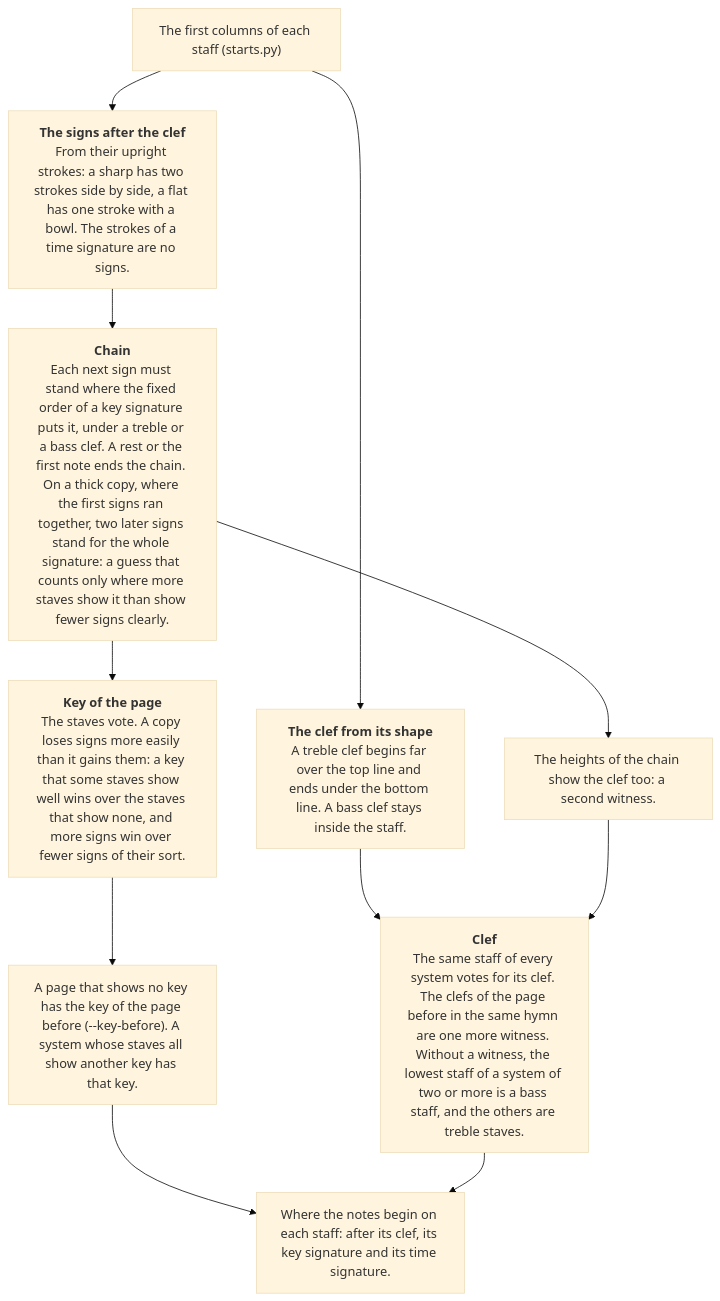
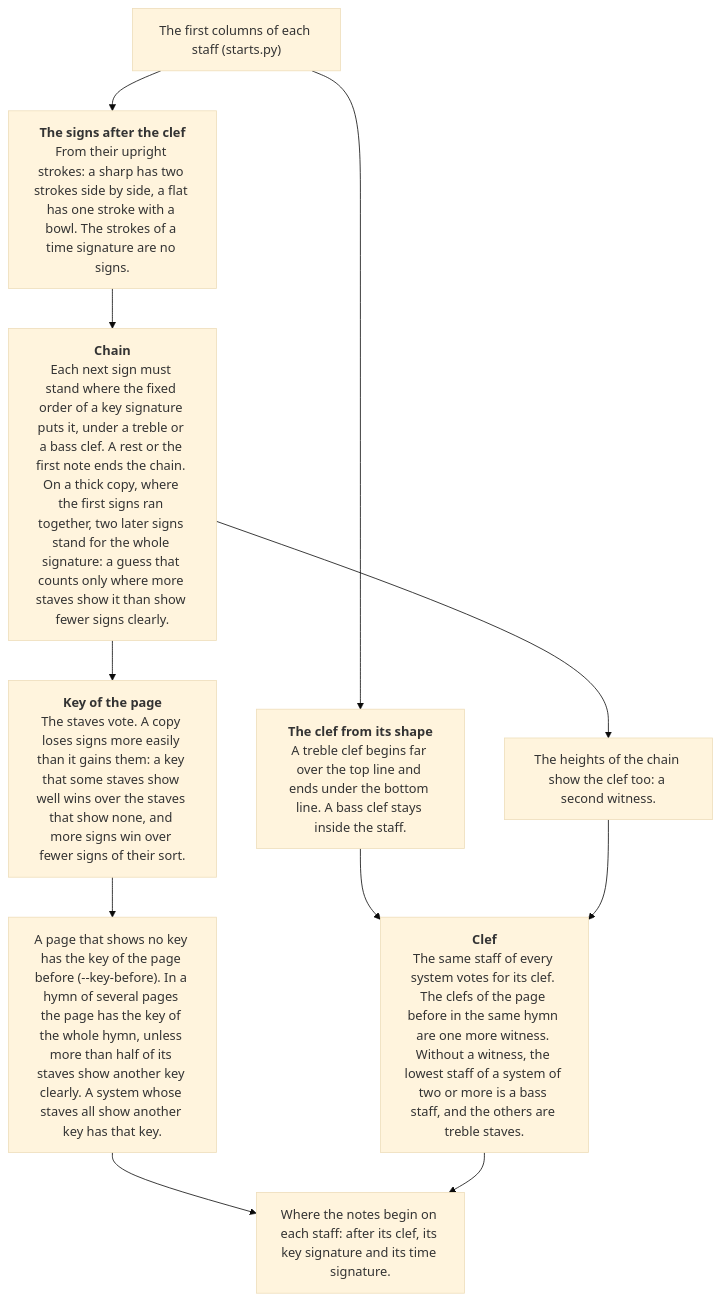
One commit to sweet-cicero/ScoreReader changed the sixth of 10 diagrams in README.md. Above: the diagram before and after it, drawn with Mermaid (base theme). The commit also changed other lines of this file and 5 other files, not shown here.

````diff
--- a/README.md
+++ b/README.md
@@ -177,14 +177,14 @@
 ```mermaid
 flowchart TD
     start["The first columns of each staff (starts.py)"]
     start --> shape["<b>The clef from its shape</b><br/>A treble clef begins far over the top line and ends under the bottom line. A bass clef stays inside the staff."]
     start --> signs["<b>The signs after the clef</b><br/>From their upright strokes: a sharp has two strokes side by side, a flat has one stroke with a bowl. The strokes of a time signature are no signs."]
     signs --> chain["<b>Chain</b><br/>Each next sign must stand where the fixed order of a key signature puts it, under a treble or a bass clef. A rest or the first note ends the chain. On a thick copy, where the first signs ran together, two later signs stand for the whole signature: a guess that counts only where more staves show it than show fewer signs clearly."]
     chain --> key["<b>Key of the page</b><br/>The staves vote. A copy loses signs more easily than it gains them: a key that some staves show well wins over the staves that show none, and more signs win over fewer signs of their sort."]
-    key --> before["A page that shows no key has the key of the page before (--key-before). A system whose staves all show another key has that key."]
+    key --> before["A page that shows no key has the key of the page before (--key-before). In a hymn of several pages the page has the key of the whole hymn, unless more than half of its staves show another key clearly. A system whose staves all show another key has that key."]
     chain --> witness["The heights of the chain show the clef too: a second witness."]
     shape --> clef
     witness --> clef["<b>Clef</b><br/>The same staff of every system votes for its clef. The clefs of the page before in the same hymn are one more witness. Without a witness, the lowest staff of a system of two or more is a bass staff, and the others are treble staves."]
     before --> ends["Where the notes begin on each staff: after its clef, its key signature and its time signature."]
     clef --> ends
 ```
````
